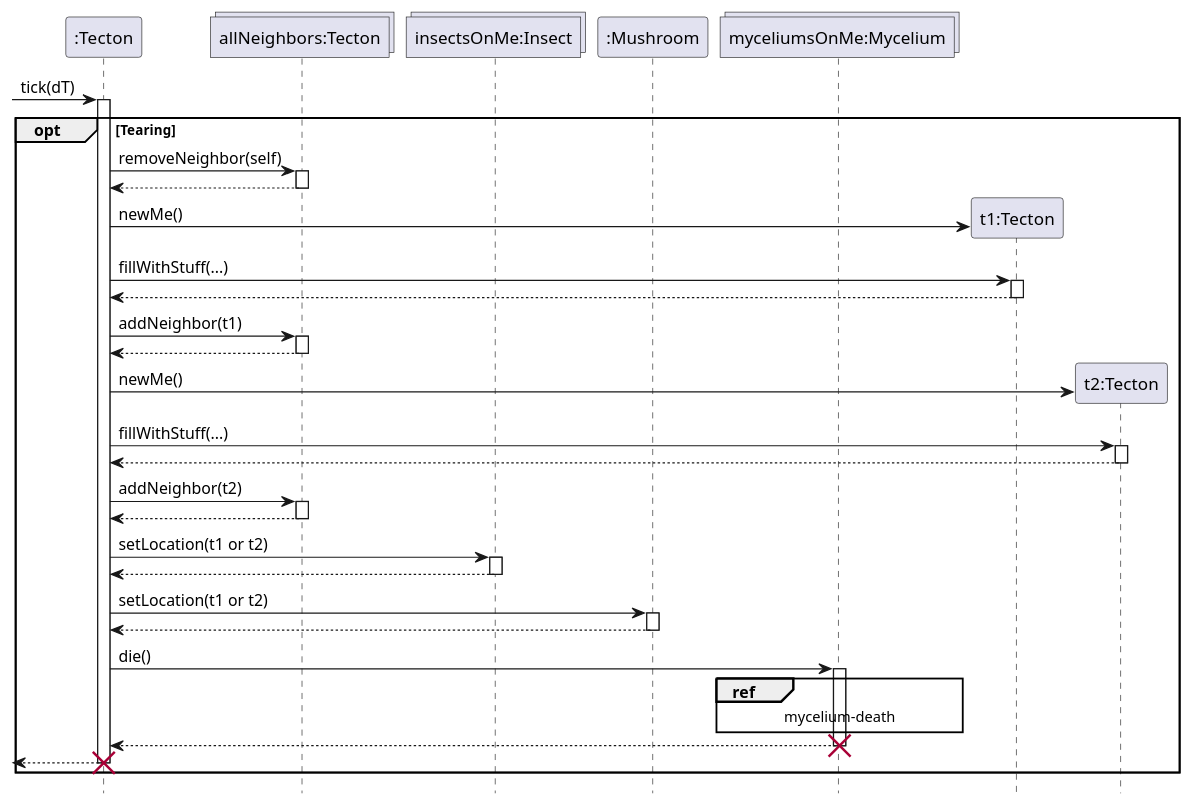
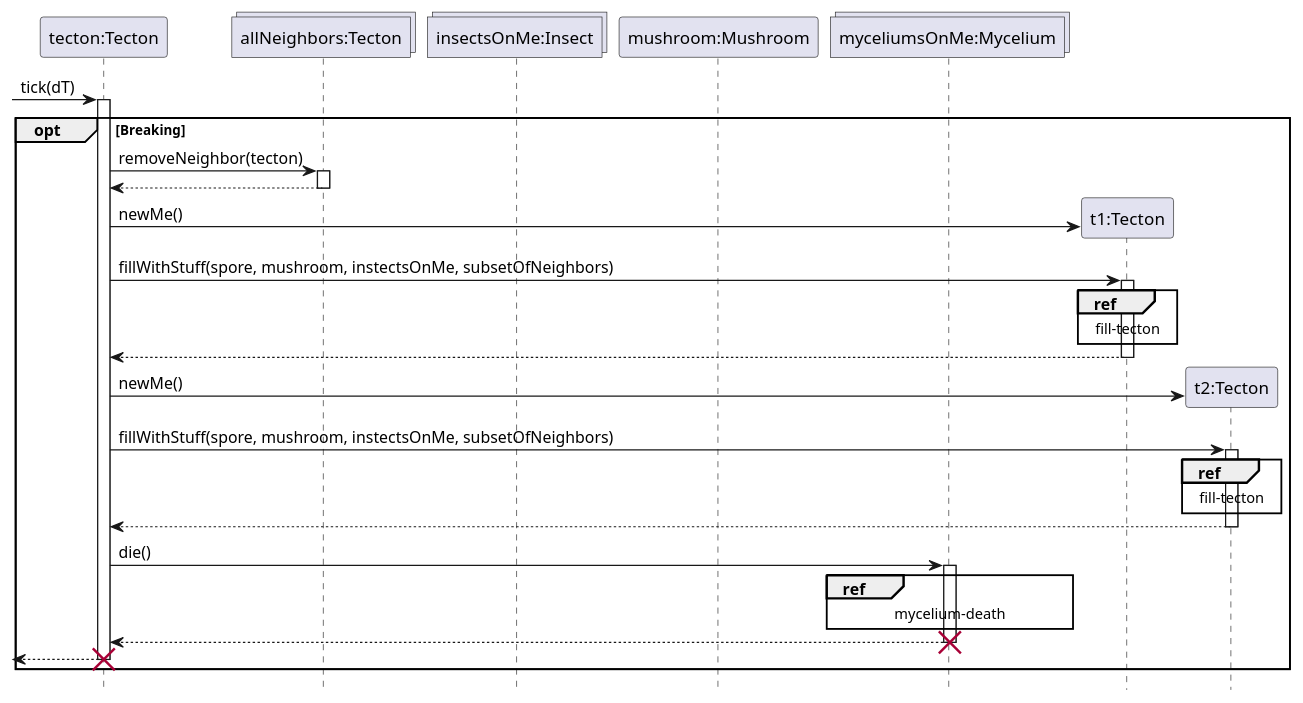
The diagram in Tecton/tecton-break-seq.pu (ZD4ve/projlab-error521), drawn with PlantUML before and after one commit. The commit also changed 1 other file, not shown here.

Commit message:
tecton-break and fill-tecton diagrams

```diff
--- a/Tecton/tecton-break-seq.pu
+++ b/Tecton/tecton-break-seq.pu
@@ -1,58 +1,50 @@
 @startuml Tecton/tecton-break-seq
 hide footbox
 
-participant ":Tecton" as Dying
+participant "tecton:Tecton" as Dying
 collections "allNeighbors:Tecton" as allNeighbors
 collections "insectsOnMe:Insect" as Insects
-participant ":Mushroom" as Mushroom
+participant "mushroom:Mushroom" as Mushroom
 collections "myceliumsOnMe:Mycelium" as target
 
 -> Dying : tick(dT)
 activate Dying
-opt Tearing
+opt Breaking
 
-Dying -> allNeighbors : removeNeighbor(self)
+Dying -> allNeighbors : removeNeighbor(tecton)
 activate allNeighbors
 return
 
 create "t1:Tecton" as New1
 Dying -> New1 : newMe()
-Dying -> New1 : fillWithStuff(...)
+Dying -> New1 : fillWithStuff(spore, mushroom, instectsOnMe, subsetOfNeighbors)
 activate New1
-return
-Dying -> allNeighbors : addNeighbor(t1)
-activate allNeighbors
+ref over New1
+    fill-tecton
+end ref
 return
 
 create "t2:Tecton" as New2
 Dying -> New2 : newMe()
-Dying -> New2 : fillWithStuff(...)
+Dying -> New2 : fillWithStuff(spore, mushroom, instectsOnMe, subsetOfNeighbors)
 activate New2
-return
-Dying -> allNeighbors : addNeighbor(t2)
-activate allNeighbors
-return
-
-Dying -> Insects : setLocation(t1 or t2)
-activate Insects
-return
-
-Dying -> Mushroom : setLocation(t1 or t2)
-activate Mushroom
+ref over New2
+    fill-tecton
+end ref
 return
 
 Dying -> target : die()
 activate target
 
 ref over target
     mycelium-death
 end ref
 
 return
 destroy target
 
 <-- Dying
 destroy Dying
 end
 
 @enduml
```
